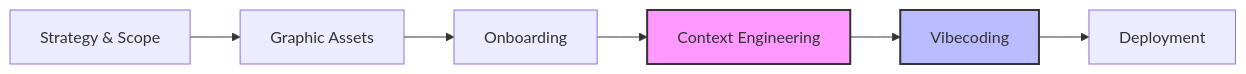
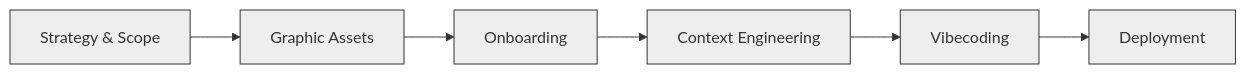
The diagram in README.md (acculturation-numerique-fr/landing-page), drawn with Mermaid before and after one commit.

Commit message:
docs: unify mermaid box colors to gray and finalize header flow

````diff
--- a/README.md
+++ b/README.md
@@ -43,11 +43,15 @@
 ```mermaid
 graph LR
     A[Strategy & Scope] --> B[Graphic Assets]
     B --> C[Onboarding]
     C --> D[Context Engineering]
     D --> E[Vibecoding]
     E --> F[Deployment]
     
-    style D fill:#f9f,stroke:#333,stroke-width:2px
-    style E fill:#bbf,stroke:#333,stroke-width:2px
+    style A fill:#eee,stroke:#333,stroke-width:1px
+    style B fill:#eee,stroke:#333,stroke-width:1px
+    style C fill:#eee,stroke:#333,stroke-width:1px
+    style D fill:#eee,stroke:#333,stroke-width:1px
+    style E fill:#eee,stroke:#333,stroke-width:1px
+    style F fill:#eee,stroke:#333,stroke-width:1px
 ```
````
